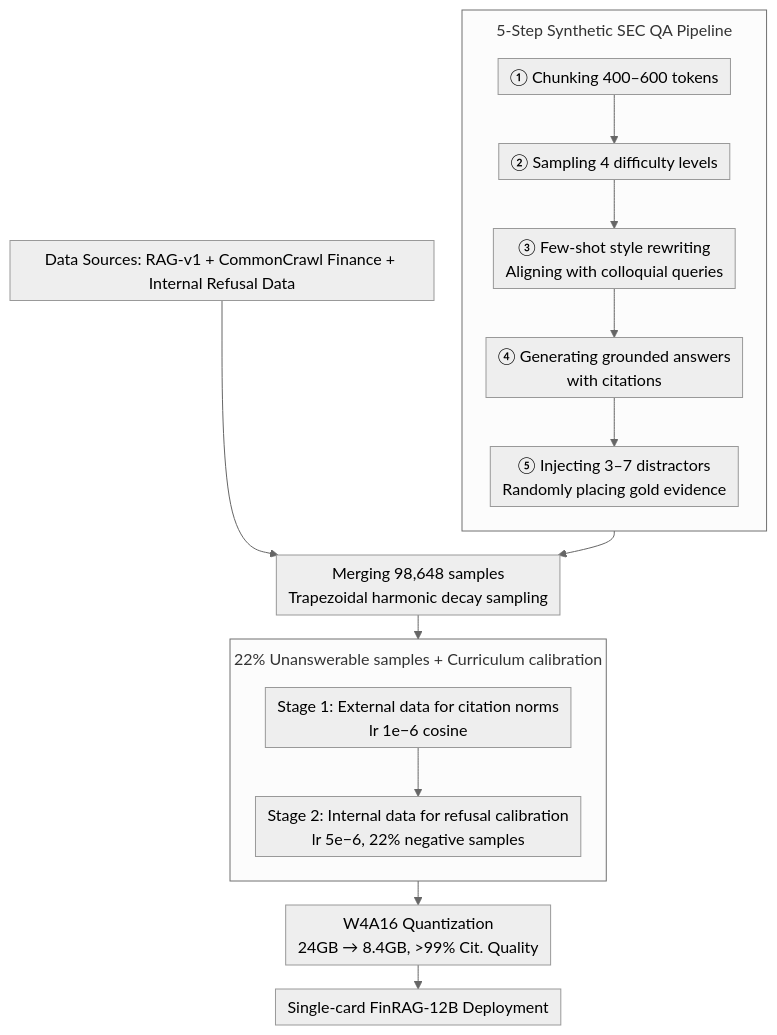
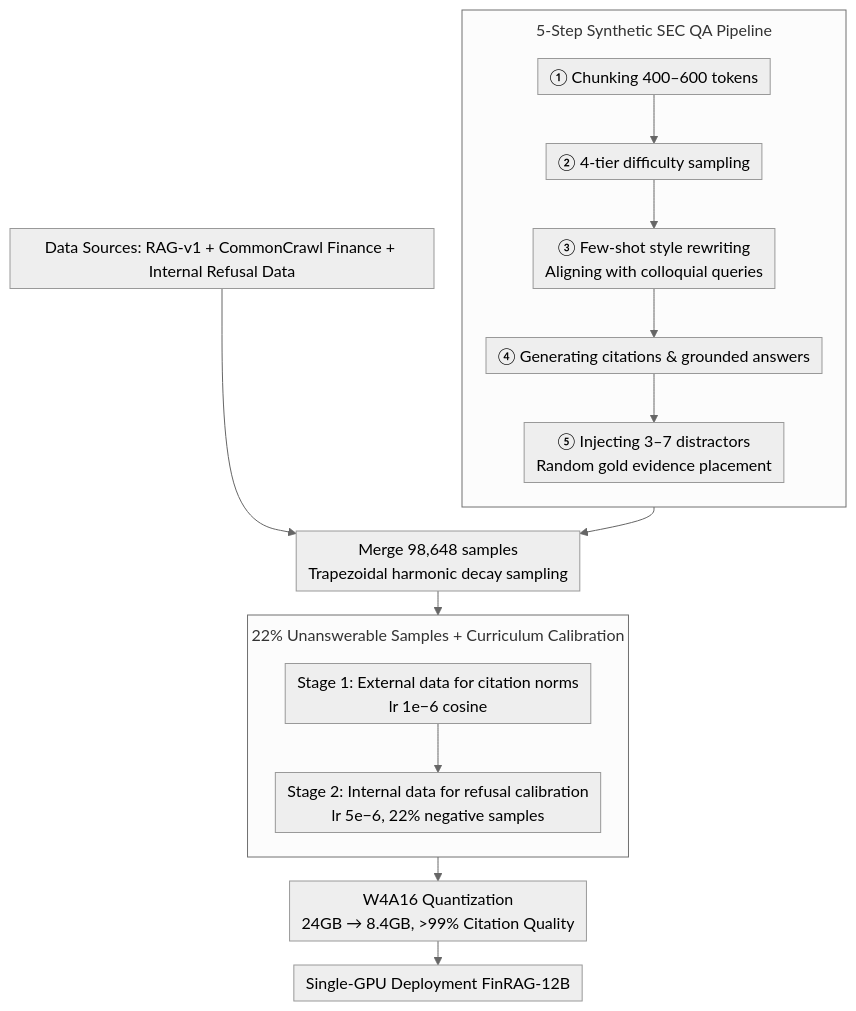
One commit to zhaoyang97/Paper-Notes-en changed the diagram in docs/ACL2026/information_retrieval/finrag-12b_a_production-validated_recipe_for_grounded_question_answering_in_bank.md. Above: the diagram before and after it, drawn with Mermaid (neutral theme). The commit also changed other lines of this file and 5084 other files, not shown here.

````diff
--- a/docs/ACL2026/information_retrieval/finrag-12b_a_production-validated_recipe_for_grounded_question_answering_in_bank.md
+++ b/docs/ACL2026/information_retrieval/finrag-12b_a_production-validated_recipe_for_grounded_question_answering_in_bank.md
@@ -44,23 +44,23 @@
 ```mermaid
 %%{init: {'flowchart': {'rankSpacing': 24, 'nodeSpacing': 28, 'padding': 6, 'wrappingWidth': 400, 'subGraphTitleMargin': {'top': 8, 'bottom': 16}}}}%%
 flowchart TD
     SRC["Data Sources: RAG-v1 + CommonCrawl Finance + Internal Refusal Data"]
     subgraph SYN["5-Step Synthetic SEC QA Pipeline"]
         direction TB
-        S1["① Chunking 400–600 tokens"] --> S2["② Sampling 4 difficulty levels"]
+        S1["① Chunking 400–600 tokens"] --> S2["② 4-tier difficulty sampling"]
         S2 --> S3["③ Few-shot style rewriting<br/>Aligning with colloquial queries"]
-        S3 --> S4["④ Generating grounded answers<br/>with citations"]
-        S4 --> S5["⑤ Injecting 3–7 distractors<br/>Randomly placing gold evidence"]
+        S3 --> S4["④ Generating citations & grounded answers"]
+        S4 --> S5["⑤ Injecting 3–7 distractors<br/>Random gold evidence placement"]
     end
-    SRC --> MERGE["Merging 98,648 samples<br/>Trapezoidal harmonic decay sampling"]
+    SRC --> MERGE["Merge 98,648 samples<br/>Trapezoidal harmonic decay sampling"]
     SYN --> MERGE
-    subgraph CURR["22% Unanswerable samples + Curriculum calibration"]
+    subgraph CURR["22% Unanswerable Samples + Curriculum Calibration"]
         direction TB
         ST1["Stage 1: External data for citation norms<br/>lr 1e−6 cosine"]
         ST2["Stage 2: Internal data for refusal calibration<br/>lr 5e−6, 22% negative samples"]
         ST1 --> ST2
     end
     MERGE --> CURR
-    CURR --> QUANT["W4A16 Quantization<br/>24GB → 8.4GB, >99% Cit. Quality"]
-    QUANT --> OUT["Single-card FinRAG-12B Deployment"]
+    CURR --> QUANT["W4A16 Quantization<br/>24GB → 8.4GB, >99% Citation Quality"]
+    QUANT --> OUT["Single-GPU Deployment FinRAG-12B"]
 ```
````
